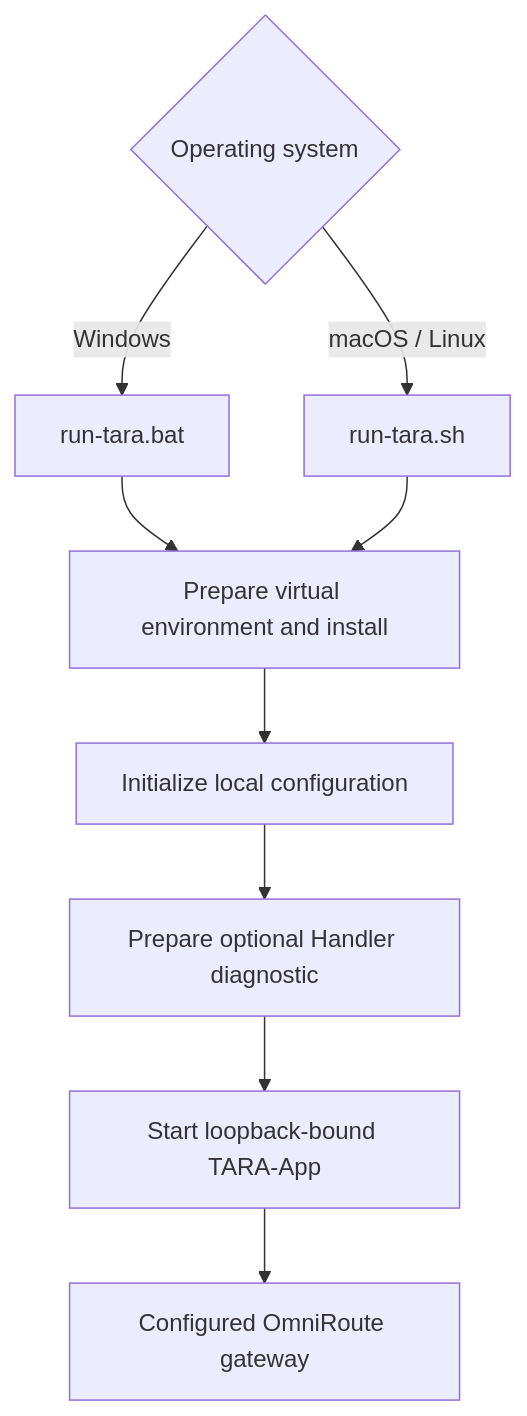
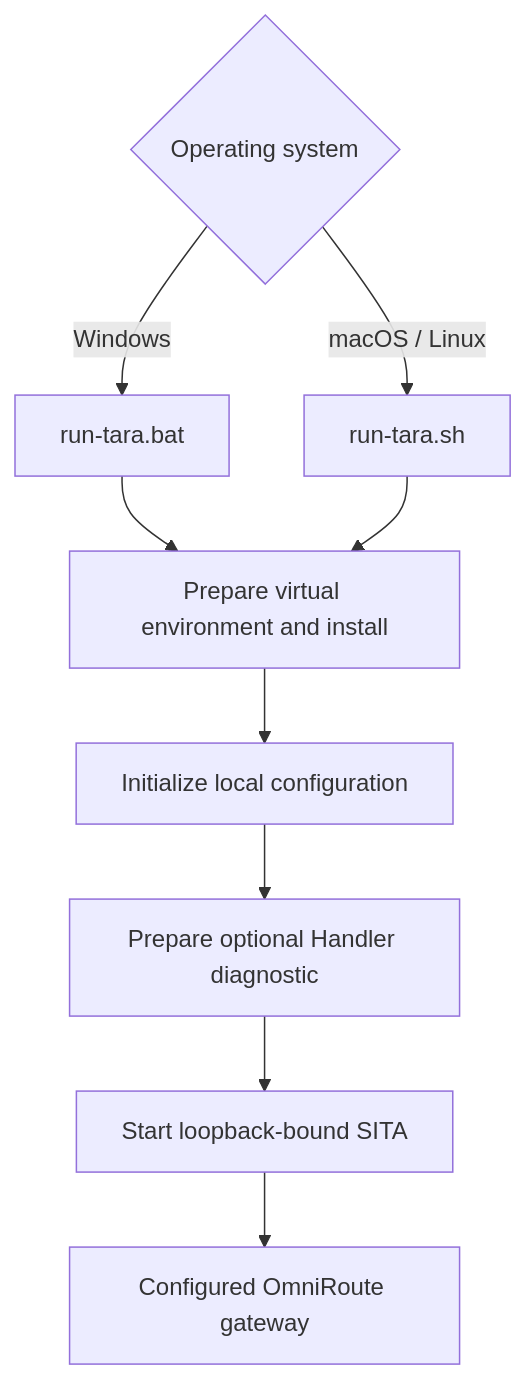
One commit to deathkernel/SITA changed diagram 11 of 12 in README.md. Above: the diagram before and after it, drawn with Mermaid. The commit also changed other lines of this file and 34 other files, not shown here.

Commit message:
feat: rebrand TARA as SITA with compatibility aliases

````diff
--- a/README.md
+++ b/README.md
@@ -485,11 +485,11 @@
 ```mermaid
 flowchart TD
   Platform{Operating system} -->|Windows| BAT[run-tara.bat]
   Platform -->|macOS / Linux| SH[run-tara.sh]
   BAT --> VENV[Prepare virtual environment and install]
   SH --> VENV
   VENV --> Config[Initialize local configuration]
   Config --> Handler[Prepare optional Handler diagnostic]
-  Handler --> App[Start loopback-bound TARA-App]
+  Handler --> App[Start loopback-bound SITA]
   App --> Gateway[Configured OmniRoute gateway]
 ```
````
